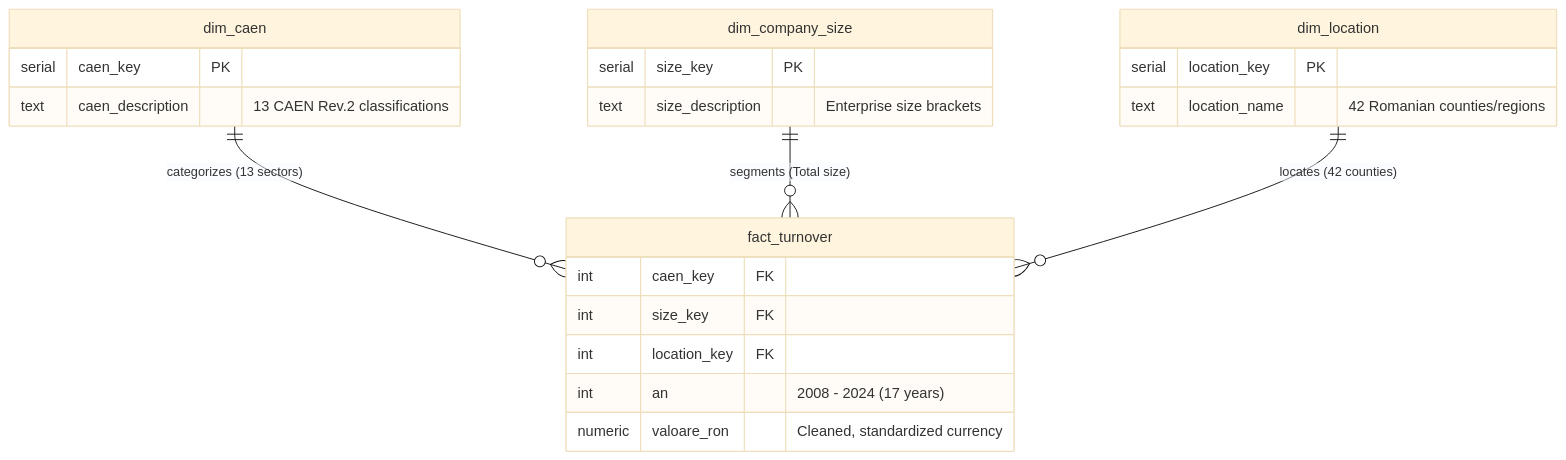
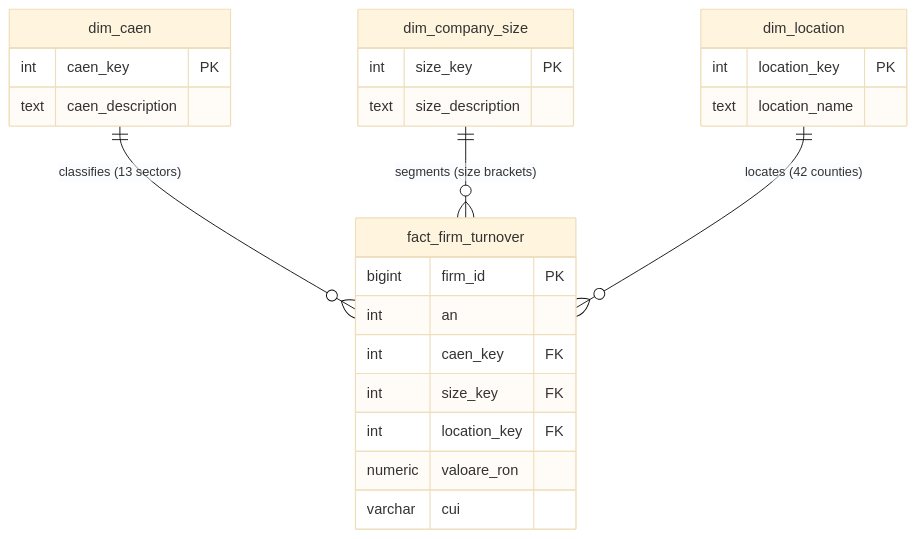
The second of 2 diagrams in README.md (vxqzn/data-foundations), drawn with Mermaid (base theme) before and after one commit. The commit also changed other lines of this file and 21 other files, not shown here.

````diff
--- a/README.md
+++ b/README.md
@@ -76,26 +155,28 @@
 ```mermaid
 erDiagram
-    dim_caen ||--o{ fact_turnover : "categorizes (13 sectors)"
-    dim_company_size ||--o{ fact_turnover : "segments (Total size)"
-    dim_location ||--o{ fact_turnover : "locates (42 counties)"
+    dim_caen ||--o{ fact_firm_turnover : "classifies (13 sectors)"
+    dim_company_size ||--o{ fact_firm_turnover : "segments (size brackets)"
+    dim_location ||--o{ fact_firm_turnover : "locates (42 counties)"
 
     dim_caen {
-        serial caen_key PK
-        text caen_description "13 CAEN Rev.2 classifications"
+        int caen_key PK
+        text caen_description
     }
     dim_company_size {
-        serial size_key PK
-        text size_description "Enterprise size brackets"
+        int size_key PK
+        text size_description
     }
     dim_location {
-        serial location_key PK
-        text location_name "42 Romanian counties/regions"
+        int location_key PK
+        text location_name
     }
-    fact_turnover {
+    fact_firm_turnover {
+        bigint firm_id PK
+        int an
         int caen_key FK
         int size_key FK
         int location_key FK
-        int an "2008 - 2024 (17 years)"
-        numeric valoare_ron "Cleaned, standardized currency"
+        numeric valoare_ron
+        varchar cui
     }
 ```
````
